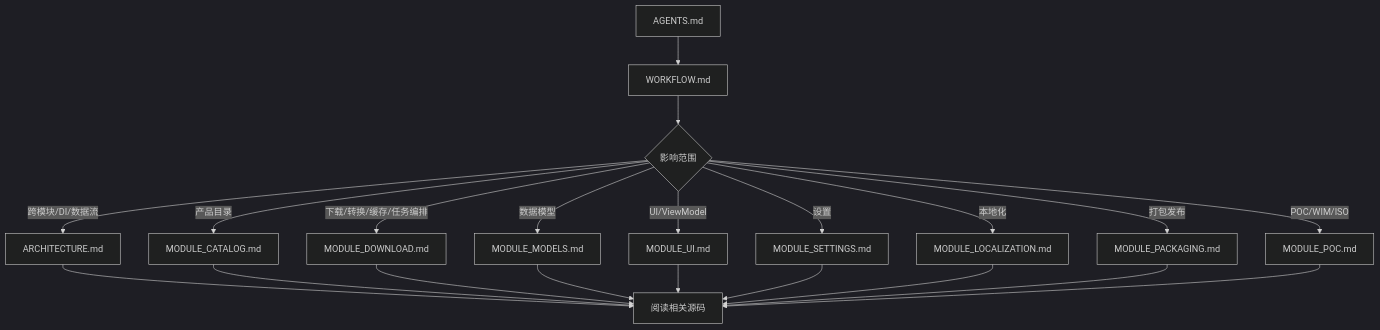
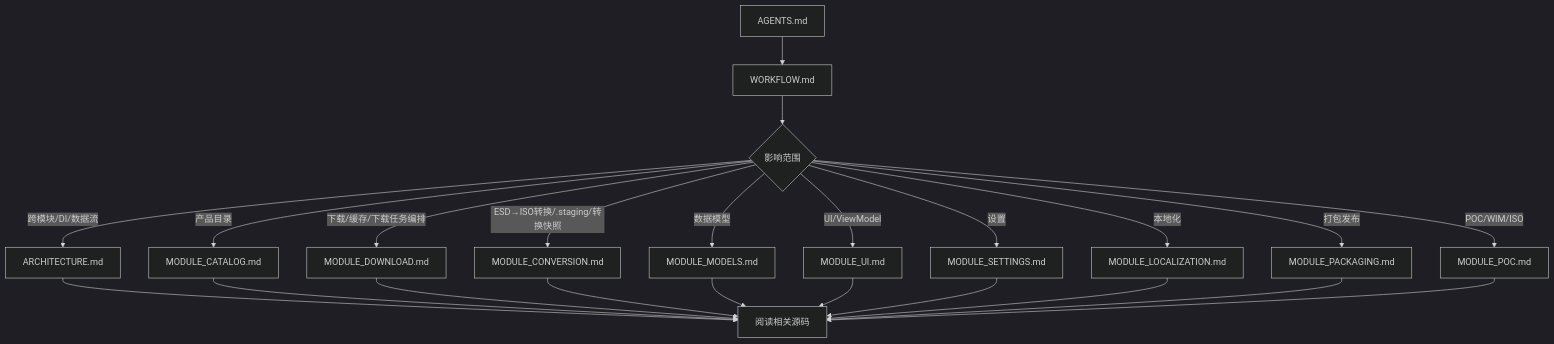
The diagram in docs/WORKFLOW.md (kingsznhone/WinDownloader), drawn with Mermaid (dark theme) before and after one commit. The commit also changed other lines of this file and 37 other files, not shown here.

````diff
--- a/docs/WORKFLOW.md
+++ b/docs/WORKFLOW.md
@@ -32,23 +33,25 @@
 ```mermaid
 flowchart TD
     A[AGENTS.md] --> B[WORKFLOW.md]
     B --> C{影响范围}
     C -->|跨模块/DI/数据流| D[ARCHITECTURE.md]
     C -->|产品目录| E[MODULE_CATALOG.md]
-    C -->|下载/转换/缓存/任务编排| F[MODULE_DOWNLOAD.md]
+    C -->|下载/缓存/下载任务编排| F[MODULE_DOWNLOAD.md]
+    C -->|ESD→ISO转换/.staging/转换快照| N[MODULE_CONVERSION.md]
     C -->|数据模型| G[MODULE_MODELS.md]
     C -->|UI/ViewModel| H[MODULE_UI.md]
     C -->|设置| I[MODULE_SETTINGS.md]
     C -->|本地化| M[MODULE_LOCALIZATION.md]
     C -->|打包发布| J[MODULE_PACKAGING.md]
     C -->|POC/WIM/ISO| K[MODULE_POC.md]
     D --> L[阅读相关源码]
     E --> L
     F --> L
+    N --> L
     G --> L
     H --> L
     I --> L
     M --> L
     J --> L
     K --> L
 ```
````
